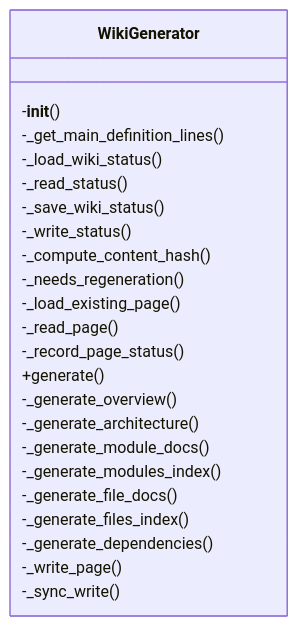
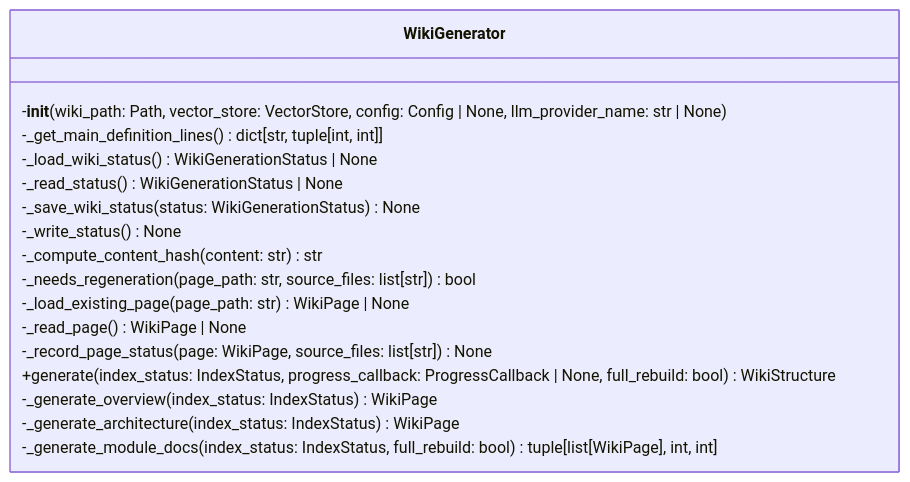
One commit to UrbanDiver/local-deepwiki-mcp changed the first of 2 diagrams in .deepwiki/files/src/local_deepwiki/generators/wiki.md. Above: the diagram before and after it, drawn with Mermaid. The commit also changed other lines of this file and 30 other files, not shown here.

````diff
--- a/.deepwiki/files/src/local_deepwiki/generators/wiki.md
+++ b/.deepwiki/files/src/local_deepwiki/generators/wiki.md
@@ -202,26 +191,20 @@
 ```mermaid
 classDiagram
     class WikiGenerator {
-        -__init__()
-        -_get_main_definition_lines()
-        -_load_wiki_status()
-        -_read_status()
-        -_save_wiki_status()
-        -_write_status()
-        -_compute_content_hash()
-        -_needs_regeneration()
-        -_load_existing_page()
-        -_read_page()
-        -_record_page_status()
-        +generate()
-        -_generate_overview()
-        -_generate_architecture()
-        -_generate_module_docs()
-        -_generate_modules_index()
-        -_generate_file_docs()
-        -_generate_files_index()
-        -_generate_dependencies()
-        -_write_page()
-        -_sync_write()
+        -__init__(wiki_path: Path, vector_store: VectorStore, config: Config | None, llm_provider_name: str | None)
+        -_get_main_definition_lines() dict[str, tuple[int, int]]
+        -_load_wiki_status() WikiGenerationStatus | None
+        -_read_status() WikiGenerationStatus | None
+        -_save_wiki_status(status: WikiGenerationStatus) None
+        -_write_status() None
+        -_compute_content_hash(content: str) str
+        -_needs_regeneration(page_path: str, source_files: list[str]) bool
+        -_load_existing_page(page_path: str) WikiPage | None
+        -_read_page() WikiPage | None
+        -_record_page_status(page: WikiPage, source_files: list[str]) None
+        +generate(index_status: IndexStatus, progress_callback: ProgressCallback | None, full_rebuild: bool) WikiStructure
+        -_generate_overview(index_status: IndexStatus) WikiPage
+        -_generate_architecture(index_status: IndexStatus) WikiPage
+        -_generate_module_docs(index_status: IndexStatus, full_rebuild: bool) tuple[list[WikiPage], int, int]
     }
 ```
````
